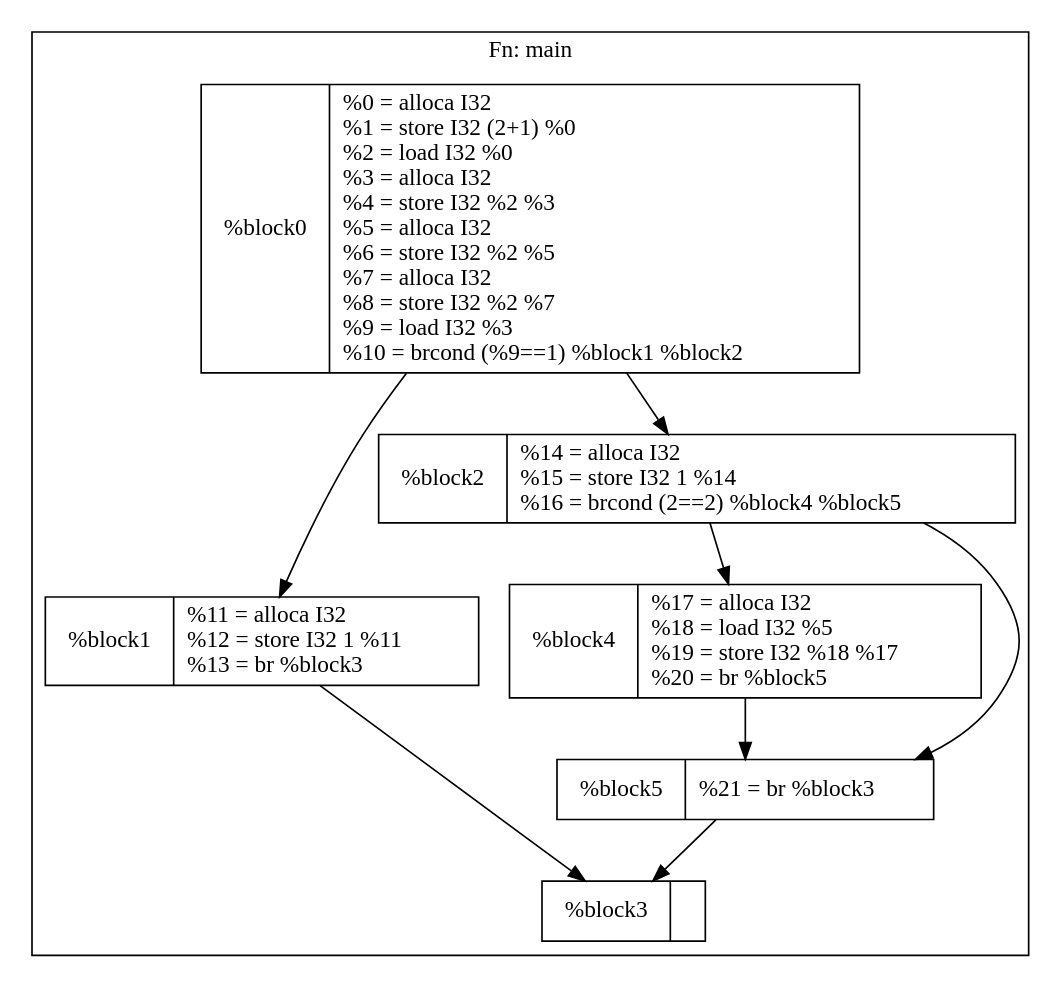
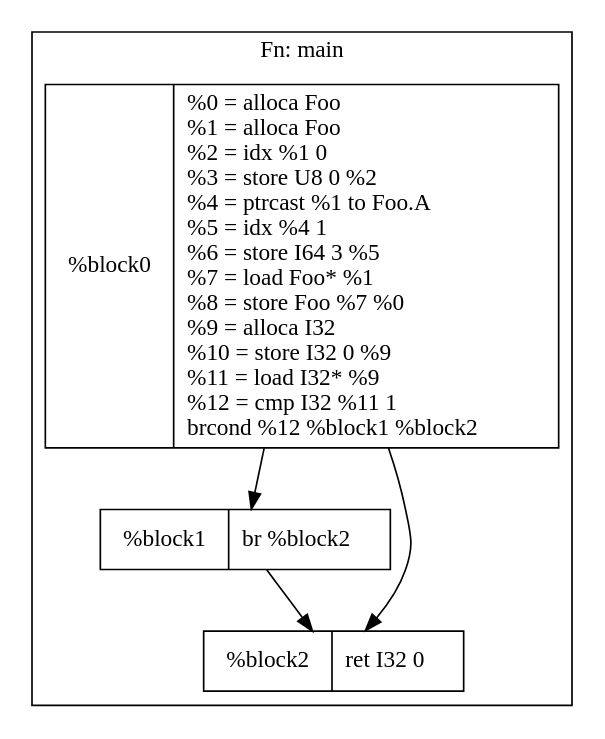
Before and after one commit to IbrahimFadel/flux: the diagram in examples/crate-1/cfg.dot, drawn with Graphviz. The commit also changed 23 other files, not shown here.

```diff
--- a/examples/crate-1/cfg.dot
+++ b/examples/crate-1/cfg.dot
@@ -1,19 +1,12 @@
 digraph main {
 	subgraph cluster {
 		label = "Fn: main";
-		"block0" [shape = "record", label = "%block0|%0 = alloca I32\l%1 = store I32 (2+1) %0\l%2 = load I32 %0\l%3 = alloca I32\l%4 = store I32 %2 %3\l%5 = alloca I32\l%6 = store I32 %2 %5\l%7 = alloca I32\l%8 = store I32 %2 %7\l%9 = load I32 %3\l%10 = brcond (%9==1) %block1 %block2\l"]
-		"block1" [shape = "record", label = "%block1|%11 = alloca I32\l%12 = store I32 1 %11\l%13 = br %block3\l"]
-		"block2" [shape = "record", label = "%block2|%14 = alloca I32\l%15 = store I32 1 %14\l%16 = brcond (2==2) %block4 %block5\l"]
-		"block4" [shape = "record", label = "%block4|%17 = alloca I32\l%18 = load I32 %5\l%19 = store I32 %18 %17\l%20 = br %block5\l"]
-		"block5" [shape = "record", label = "%block5|%21 = br %block3\l"]
-		"block3" [shape = "record", label = "%block3|"]
+		"block0" [shape = "record", label = "%block0|%0 = alloca Foo\l%1 = alloca Foo\l%2 = idx %1 0\l%3 = store U8 0 %2\l%4 = ptrcast %1 to Foo.A\l%5 = idx %4 1\l%6 = store I64 3 %5\l%7 = load Foo* %1\l%8 = store Foo %7 %0\l%9 = alloca I32\l%10 = store I32 0 %9\l%11 = load I32* %9\l%12 = cmp I32 %11 1\lbrcond %12 %block1 %block2\l"]
+		"block1" [shape = "record", label = "%block1|br %block2\l"]
+		"block2" [shape = "record", label = "%block2|ret I32 0\l"]
 
 		"block0" -> "block1"
 		"block0" -> "block2"
-		"block1" -> "block3"
-		"block2" -> "block4"
-		"block2" -> "block5"
-		"block4" -> "block5"
-		"block5" -> "block3"
+		"block1" -> "block2"
 	}
 }
```
